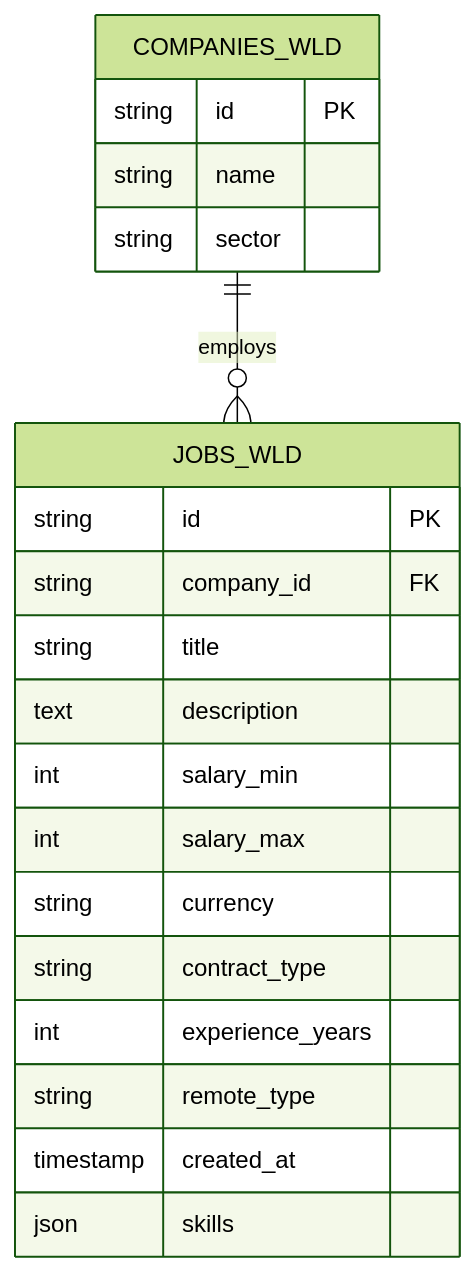
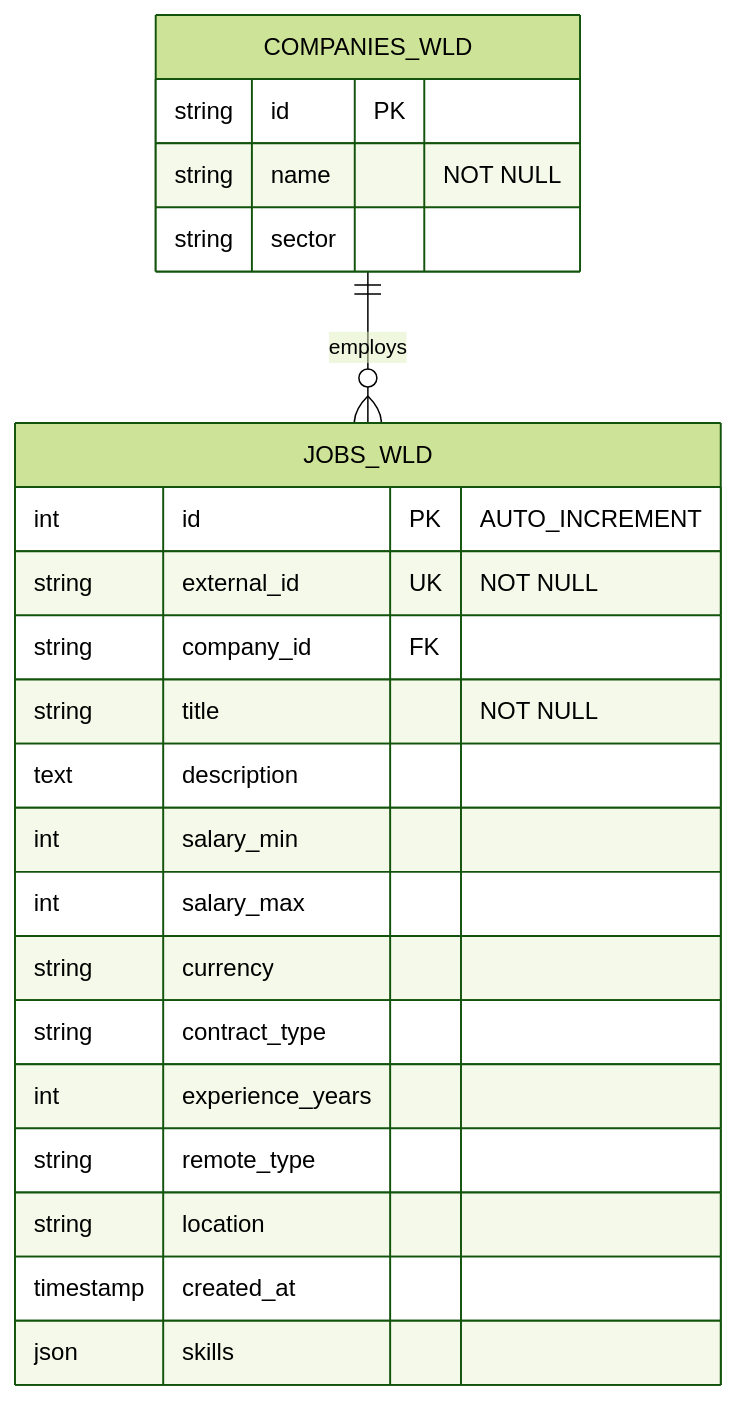
Before and after one commit to MeghCH/Job-Aggregator-DevJob: the second of 3 diagrams in Docs/init.md, drawn with Mermaid (forest theme). The commit also changed other lines of this file and 7 other files, not shown here.

````diff
--- a/Docs/init.md
+++ b/Docs/init.md
@@ -10,25 +68,28 @@
-```mermaid
+``` mermaid
+
 erDiagram
     COMPANIES_WLD ||--o{ JOBS_WLD : "employs"
-    
+
     COMPANIES_WLD {
         string id PK
-        string name
+        string name "NOT NULL"
         string sector
     }
 
     JOBS_WLD {
-        string id PK
+        int id PK "AUTO_INCREMENT"
+        string external_id UK "NOT NULL"
         string company_id FK
-        string title
+        string title "NOT NULL"
         text description
         int salary_min
         int salary_max
         string currency
         string contract_type
         int experience_years
         string remote_type
+        string location
         timestamp created_at
         json skills
     }
 ```
````
